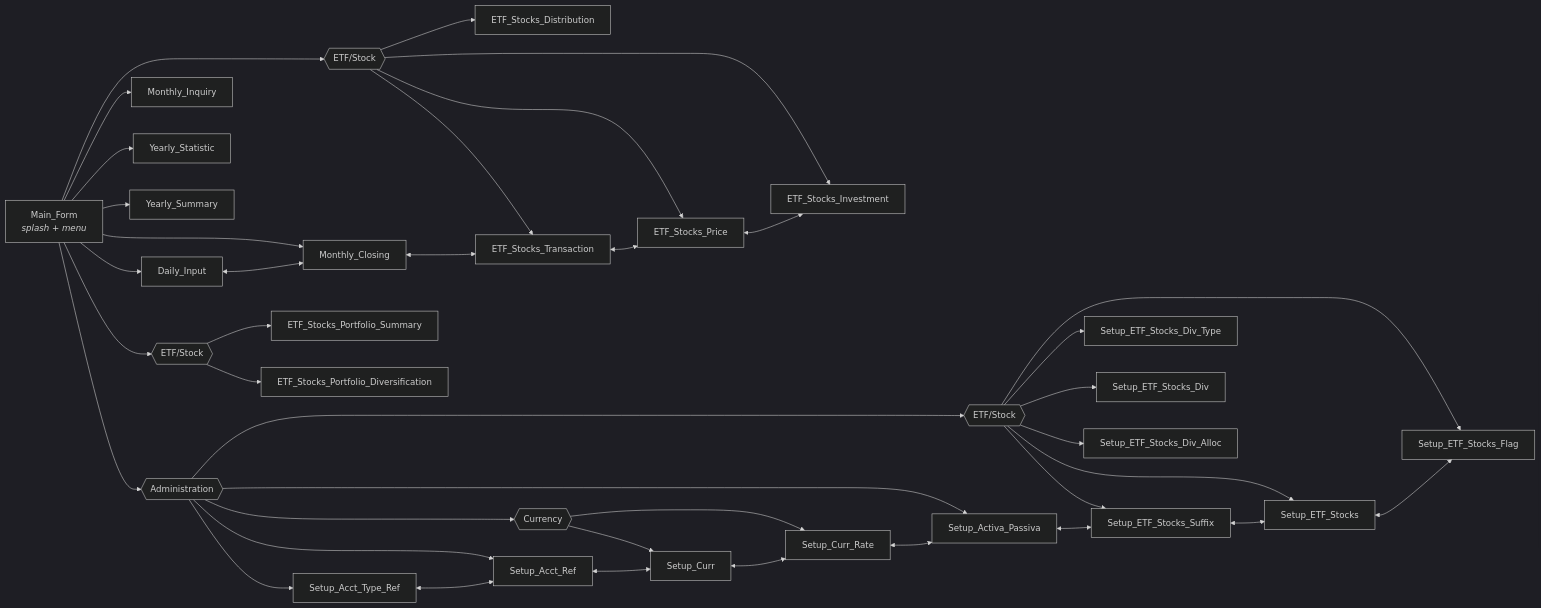
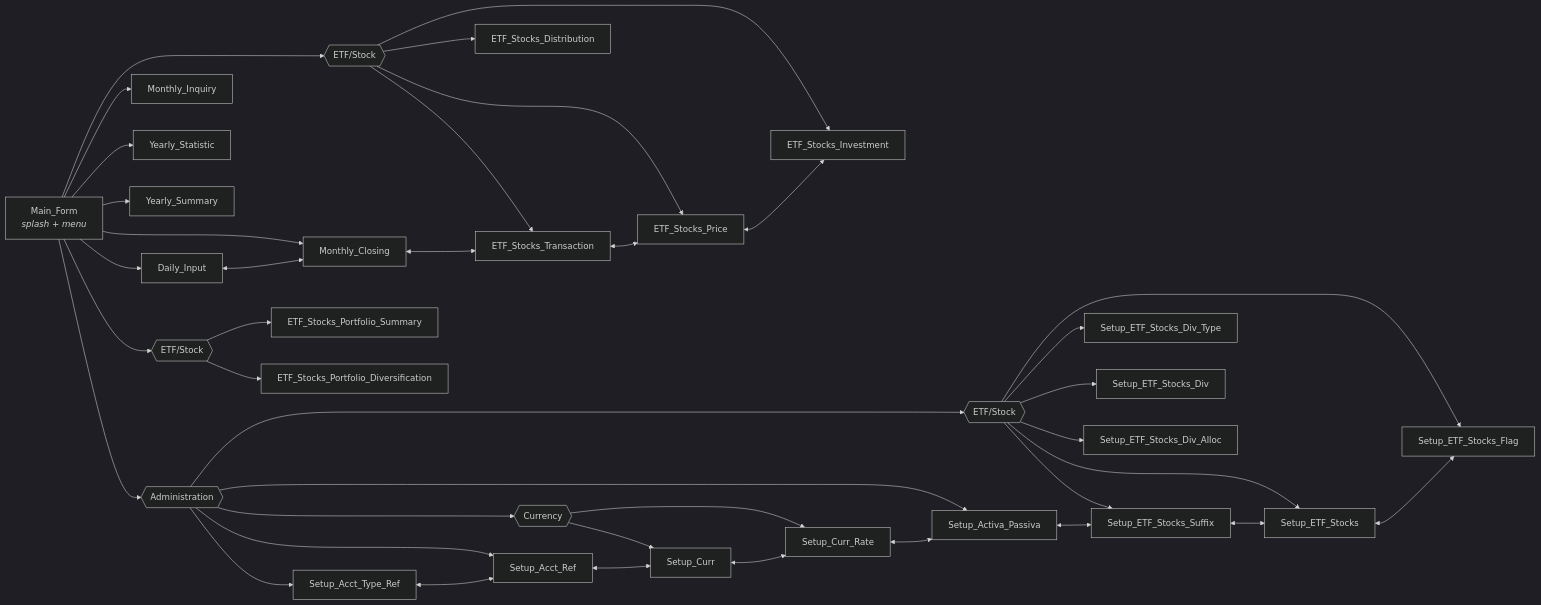
Before and after one commit to oscar-rijadi/FinancialBalance: the second of 3 diagrams in README.md, drawn with Mermaid (dark theme). The commit also changed other lines of this file and 29 other files, not shown here.

````diff
--- a/README.md
+++ b/README.md
@@ -101,46 +101,46 @@
 ```mermaid
 flowchart LR
     MAIN["Main_Form<br/><i>splash + menu</i>"]
 
     MAIN --> DI["Daily_Input"]
     MAIN --> MC["Monthly_Closing"]
     MAIN --> PETFG{{"ETF/Stock"}}
     PETFG --> ETP["ETF_Stocks_Price"]
     PETFG --> ETI["ETF_Stocks_Investment"]
+    PETFG --> ETX["ETF_Stocks_Transaction"]
     PETFG --> ETD["ETF_Stocks_Distribution"]
-    PETFG --> ETX["ETF_Stocks_Transaction"]
     MAIN --> MI["Monthly_Inquiry"]
     MAIN --> YT["Yearly_Statistic"]
     MAIN --> YS["Yearly_Summary"]
     MAIN --> PORTG{{"ETF/Stock"}}
     PORTG --> PSUM["ETF_Stocks_Portfolio_Summary"]
     PORTG --> PDIV["ETF_Stocks_Portfolio_Diversification"]
 
     MAIN --> ADMIN{{"Administration"}}
     ADMIN --> SATR["Setup_Acct_Type_Ref"]
     ADMIN --> SAR["Setup_Acct_Ref"]
     ADMIN --> CURG{{"Currency"}}
     CURG --> SC["Setup_Curr"]
     CURG --> SCR["Setup_Curr_Rate"]
     ADMIN --> SAP["Setup_Activa_Passiva"]
     ADMIN --> ETFG{{"ETF/Stock"}}
     ETFG --> SES["Setup_ETF_Stocks_Suffix"]
     ETFG --> SET["Setup_ETF_Stocks"]
     ETFG --> SEF["Setup_ETF_Stocks_Flag"]
     ETFG --> SDT["Setup_ETF_Stocks_Div_Type"]
     ETFG --> SDV["Setup_ETF_Stocks_Div"]
     ETFG --> SDA["Setup_ETF_Stocks_Div_Alloc"]
 
     DI <--> MC
     MC <--> ETX
     ETX <--> ETP
     ETP <--> ETI
 
     SATR <--> SAR
     SAR <--> SC
     SC <--> SCR
     SCR <--> SAP
     SAP <--> SES
     SES <--> SET
     SET <--> SEF
 ```
````
